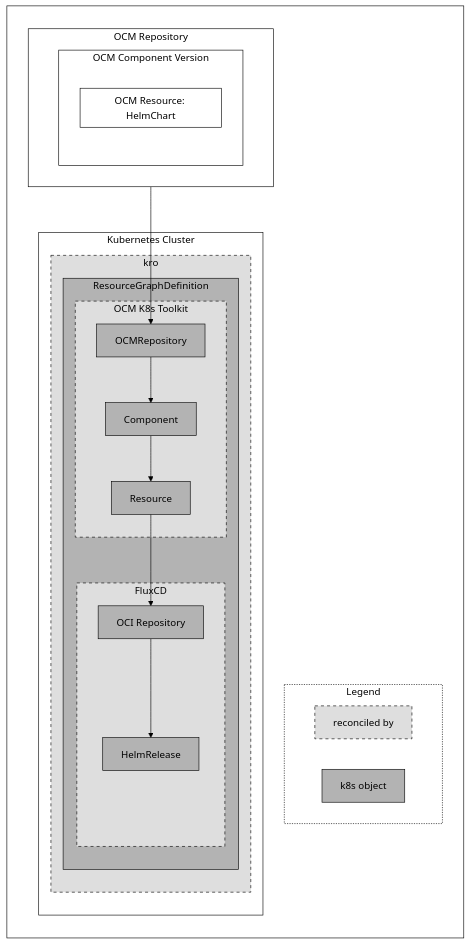
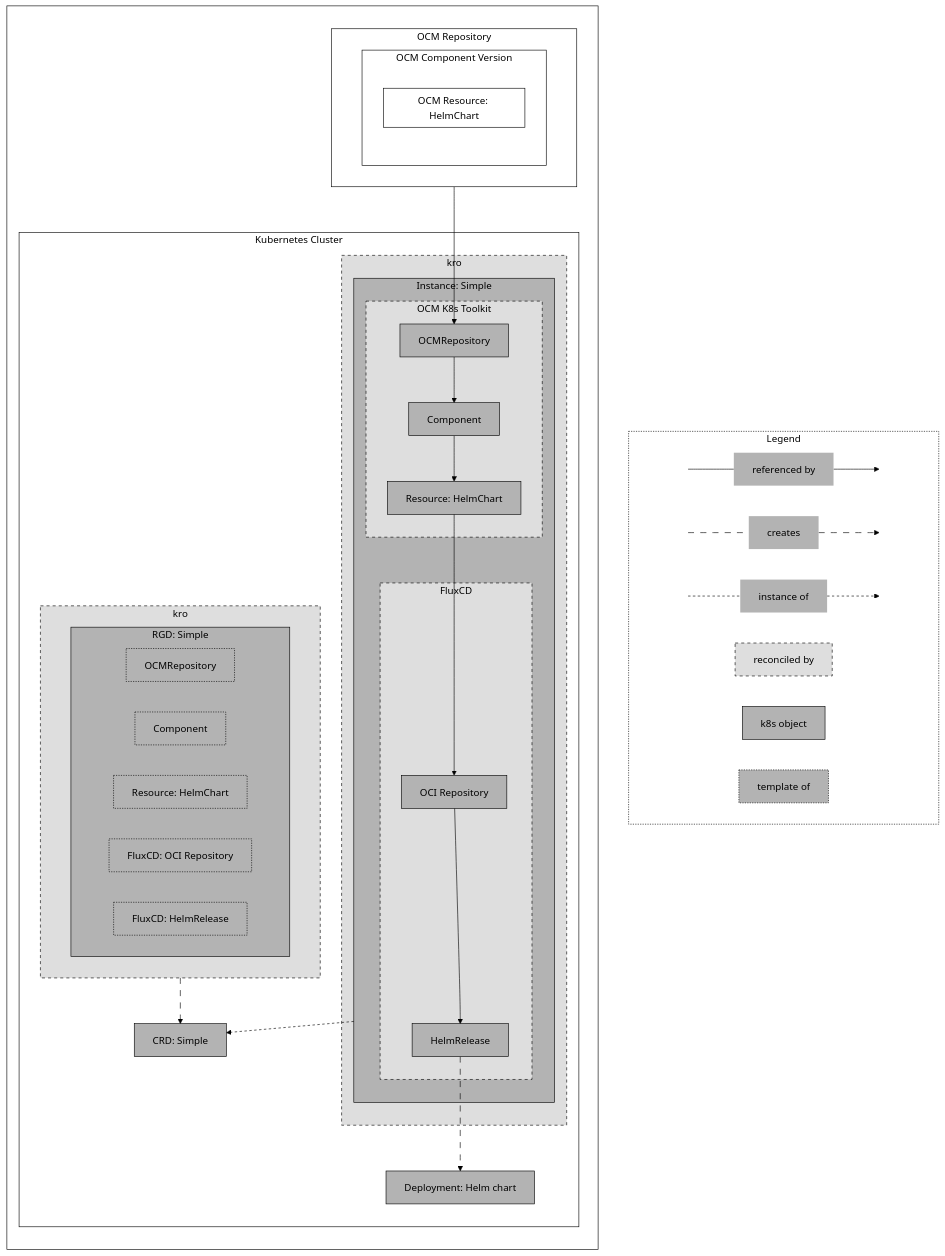
One commit to open-component-model/ocm-k8s-toolkit changed the diagram in README.md. Above: the diagram before and after it, drawn with Mermaid. The commit also changed other lines of this file, not shown here.

Commit message:
make mermaid diagram more accurate

````diff
--- a/README.md
+++ b/README.md
@@ -43,53 +43,72 @@
 ```mermaid
 flowchart TB
     classDef cluster fill:white,color:black,stroke:black;
     classDef reconciledBy fill:#dedede,stroke:black,stroke-dasharray: 5,color:black;
     classDef k8sObject fill:#b3b3b3,color:black,stroke:black;
+    classDef information fill:#b3b3b3,color:black,stroke:black,stroke-dasharray: 2;
     classDef ocm fill:white,stroke:black,color:black;
     classDef legendStyle fill:white,stroke:black,color:black,stroke-dasharray: 2;
+    classDef legendStartEnd height:0px;
+    classDef legendItems fill:#b3b3b3,stroke:none,color:black;
+
+    subgraph legend[Legend]
+        start1[ ] ---references[referenced by] --> end1[ ]
+        start2[ ] -.-creates -.-> end2[ ]
+        start3[ ] ---instanceOf[instance of] --> end3[ ]
+        start4[ ] ~~~reconciledBy[reconciled by] ~~~ end4[ ]
+        start5[ ] ~~~k8sObject[k8s object] ~~~ end5[ ]
+        start6[ ] ~~~templateOf[template of] ~~~ end6[ ]
+    end
 
     subgraph background[ ]
         direction TB
-        subgraph legend[Legend]
-            reconciledBy[reconciled by]
-            object[k8s object]
-        end
 
         subgraph ocmRepo[OCM Repository]
            subgraph ocmCV[OCM Component Version]
                subgraph ocmResource[OCM Resource: HelmChart]
                end
            end
         end
 
         subgraph k8sCluster[Kubernetes Cluster]
-            subgraph kro[kro]
-                subgraph rgd[ResourceGraphDefinition]
+            subgraph kroRGD[kro]
+                subgraph rgd[RGD: Simple]
+                    direction LR
+                    rgdOCMRepository[OCMRepository]
+                    rgdComponent[Component]
+                    rgdResourceHelm[Resource: HelmChart]
+                    rgdSource[FluxCD: OCI Repository]
+                    rgdHelmRelease[FluxCD: HelmRelease]
+                end
+            end
+            subgraph kroInstance[kro]
+                subgraph instanceSimple[Instance: Simple]
                     subgraph ocmK8sToolkit[OCM K8s Toolkit]
-                        k8sRepo[OCMRepository]
-                        k8sComponent[Component]
-                        k8sResource[Resource]
+                        k8sRepo[OCMRepository] --> k8sComponent[Component] --> k8sResource[Resource: HelmChart]
                     end
                     subgraph fluxCD[FluxCD]
-                        source[OCI Repository]
-                        deployment[HelmRelease]
+                        source[OCI Repository] --> helmRelease[HelmRelease]
                     end
+                    k8sResource --> source
                 end
             end
+            kroRGD & instanceSimple --> crdSimple[CRD: Simple]
+            helmRelease --> deployment[Deployment: Helm chart]
         end
 
         ocmRepo --> k8sRepo
-        k8sRepo --> k8sComponent
-        k8sComponent --> k8sResource
-        k8sResource --> source
-        source --> deployment
     end
 
     linkStyle default fill:none,stroke:black;
+    linkStyle 2,3,16,18 stroke:black,stroke-dasharray: 10;
+    linkStyle 4,5,17 stroke:black,stroke-dasharray: 4;
 
-    class reconciledBy,ocmK8sToolkit,fluxCD,kro reconciledBy;
-    class object,rgd,k8sRepo,k8sComponent,k8sResource,source,deployment k8sObject;
+    class start1,end1,start2,end2,start3,end3,start4,end4,start5,end5,start6,end6 legendStartEnd;
+    class references,creates,instanceOf legendItems;
+    class templateOf,rgdOCMRepository,rgdComponent,rgdResourceHelm,rgdSource,rgdHelmRelease information;
+    class reconciledBy,ocmK8sToolkit,fluxCD,kroRGD,kroInstance reconciledBy;
+    class k8sObject,rgd,k8sRepo,k8sComponent,k8sResource,source,helmRelease,deployment,crdSimple,instanceSimple k8sObject;
     class ocmRepo,ocmCV,ocmResource ocm;
     class k8sCluster cluster;
     class legend legendStyle;
 ```
````
